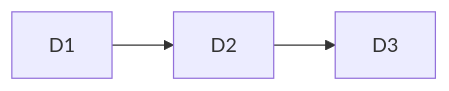
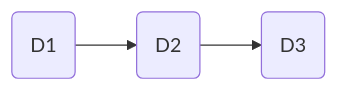
The third of 25 diagrams in lectures/lect-16-Graph.md (ruslylove/datastruct), drawn with Mermaid before and after one commit. The commit also changed other lines of this file and 2 other files, not shown here.

````diff
--- a/lectures/lect-16-Graph.md
+++ b/lectures/lect-16-Graph.md
@@ -79,5 +79,5 @@
 ```mermaid
 graph LR
-    D1 --> D2
-    D2 --> D3
+    D1(D1) --> D2(D2)
+    D2 --> D3(D3)
 ```
````
